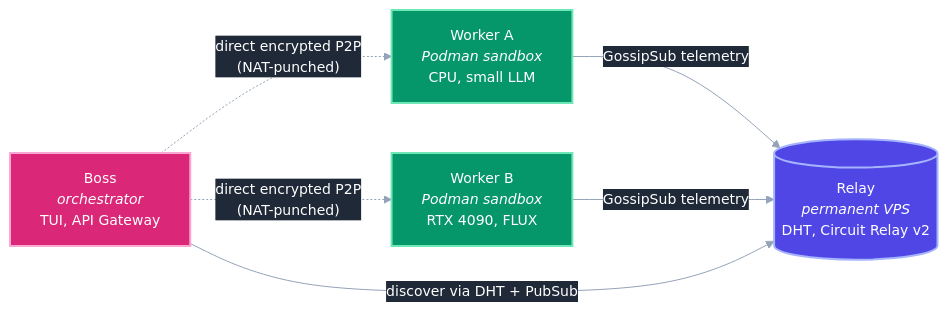
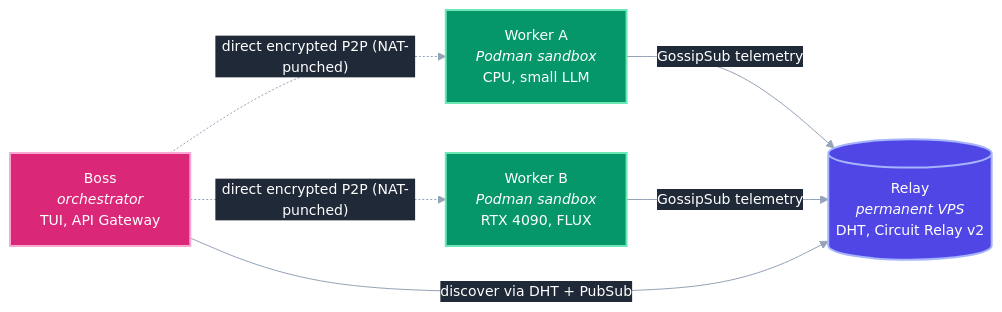
Before and after one commit to Agent-FM/agentfm-core: the diagram in README.md, drawn with Mermaid. The commit also changed other lines of this file, not shown here.

````diff
--- a/README.md
+++ b/README.md
@@ -141,31 +354,23 @@
 ```mermaid
 %%{init: {'theme':'base', 'themeVariables': {
-  'primaryColor':'#4F46E5',
-  'primaryTextColor':'#FFFFFF',
-  'primaryBorderColor':'#A5B4FC',
-  'lineColor':'#94A3B8',
-  'textColor':'#E5E7EB',
-  'edgeLabelBackground':'#1F2937',
-  'tertiaryColor':'#1F2937',
-  'fontFamily':'ui-sans-serif, system-ui, sans-serif',
-  'fontSize':'14px'
+  'primaryColor':'#4F46E5','primaryTextColor':'#FFFFFF','primaryBorderColor':'#A5B4FC',
+  'lineColor':'#94A3B8','textColor':'#E5E7EB','edgeLabelBackground':'#1F2937',
+  'tertiaryColor':'#1F2937','fontFamily':'ui-sans-serif, system-ui, sans-serif','fontSize':'14px'
 }}}%%
 flowchart LR
     R[("Relay<br/><i>permanent VPS</i><br/>DHT, Circuit Relay v2")]
     B["Boss<br/><i>orchestrator</i><br/>TUI, API Gateway"]
     W1["Worker A<br/><i>Podman sandbox</i><br/>CPU, small LLM"]
     W2["Worker B<br/><i>Podman sandbox</i><br/>RTX 4090, FLUX"]
-
     W1 -- GossipSub telemetry --> R
     W2 -- GossipSub telemetry --> R
     B -- discover via DHT + PubSub --> R
-    B -.->|"direct encrypted P2P<br/>(NAT-punched)"| W1
-    B -.->|"direct encrypted P2P<br/>(NAT-punched)"| W2
-
+    B -.->|"direct encrypted P2P (NAT-punched)"| W1
+    B -.->|"direct encrypted P2P (NAT-punched)"| W2
     classDef relay  fill:#4F46E5,stroke:#A5B4FC,stroke-width:2px,color:#FFFFFF
     classDef boss   fill:#DB2777,stroke:#F9A8D4,stroke-width:2px,color:#FFFFFF
     classDef worker fill:#059669,stroke:#6EE7B7,stroke-width:2px,color:#FFFFFF
     class R relay
     class B boss
     class W1,W2 worker
 ```
````
